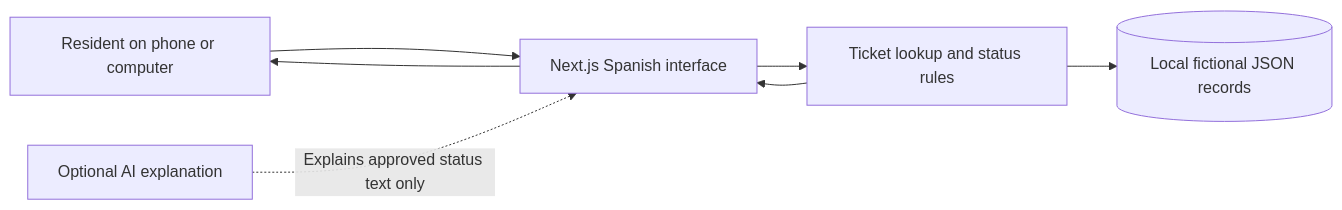
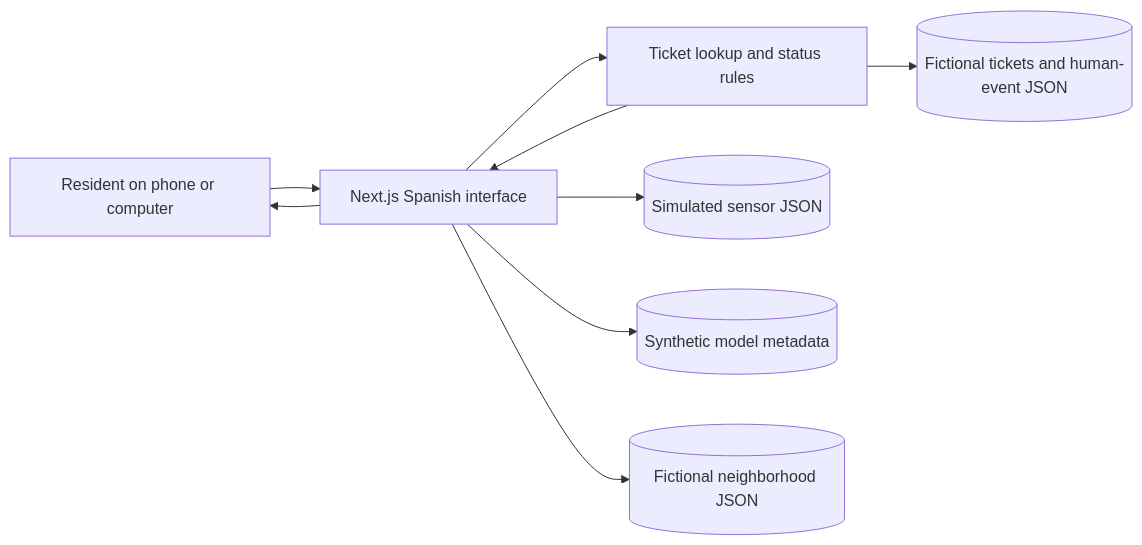
The second of 5 diagrams in docs/PACKET.md (monyzaragozaa-cmd/aquarail-mx), drawn with Mermaid before and after one commit. The commit also changed other lines of this file, not shown here.

````diff
--- a/docs/PACKET.md
+++ b/docs/PACKET.md
@@ -50,9 +54,11 @@
 ```mermaid
 flowchart LR
     U[Resident on phone or computer] --> W[Next.js Spanish interface]
     W --> L[Ticket lookup and status rules]
-    L --> J[(Local fictional JSON records)]
+    L --> J[(Fictional tickets and human-event JSON)]
+    W --> S[(Simulated sensor JSON)]
+    W --> M[(Synthetic model metadata)]
+    W --> G[(Fictional neighborhood JSON)]
     L --> W
     W --> U
-    A[Optional AI explanation] -. Explains approved status text only .-> W
 ```
````
